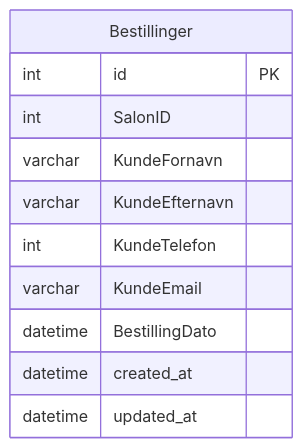
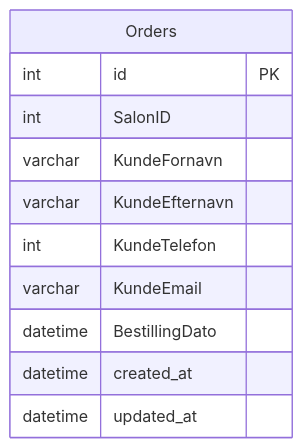
The diagram in Documentation/Database.md (Christian-Kasper-Nikolaj-H3/Cut-n-go), drawn with Mermaid before and after one commit. The commit also changed 4 other files, not shown here.

Commit message:
Rename `Bestillinger` to `Orders`, replace `user` model with `Users`, and update related references and documentation

````diff
--- a/Documentation/Database.md
+++ b/Documentation/Database.md
@@ -1,16 +1,16 @@
 ```mermaid
 erDiagram
-    Bestillinger {
+    Orders {
         int id PK
         int SalonID
         
         varchar KundeFornavn
         varchar KundeEfternavn
         int KundeTelefon
         varchar KundeEmail
         datetime BestillingDato
         
         datetime created_at
         datetime updated_at
     }
 ```
````
